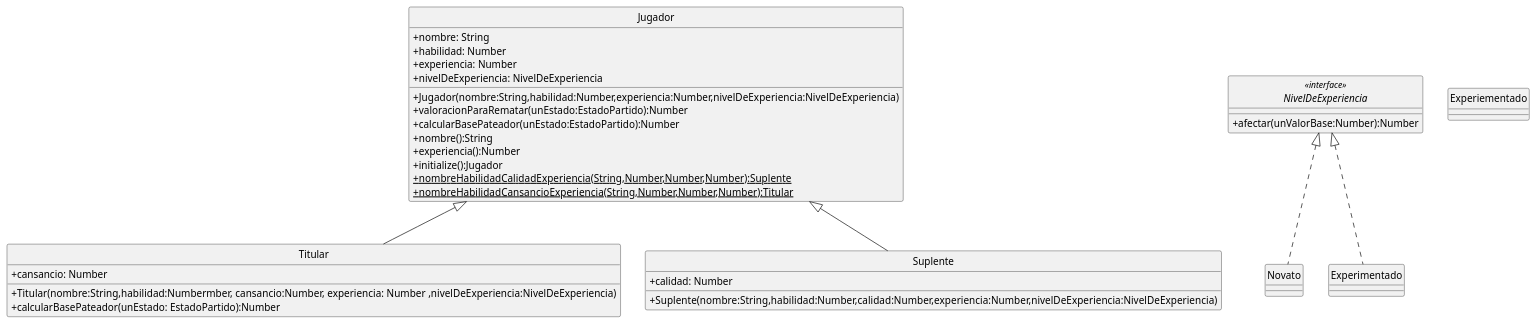
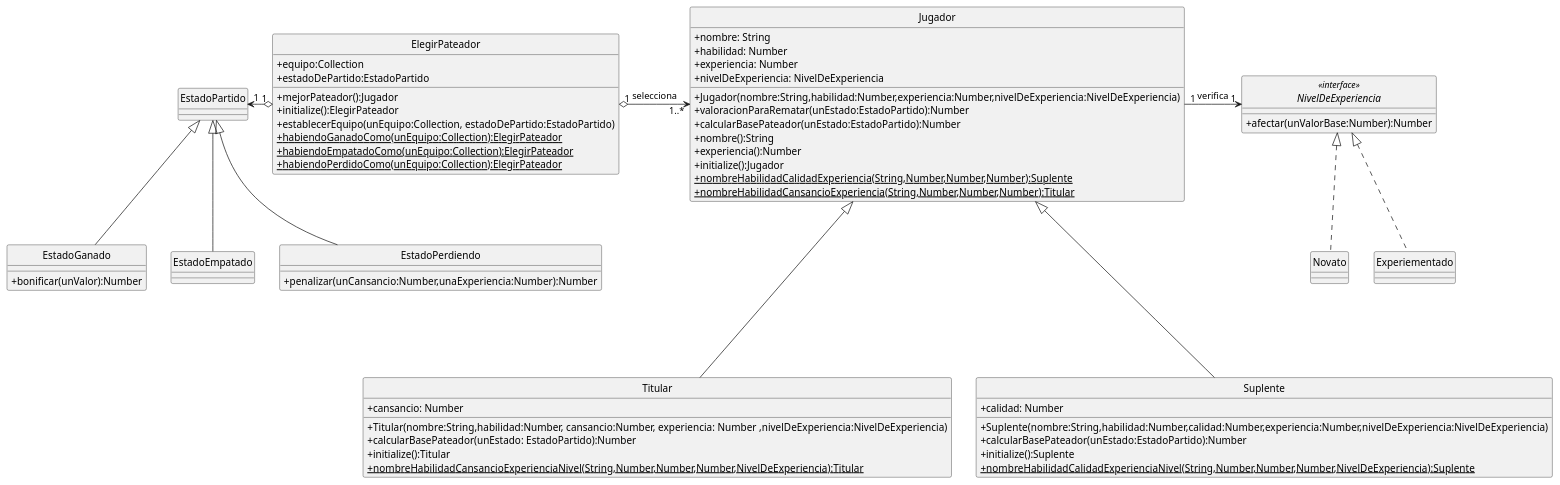
Before and after one commit to AleeCruz/Carpeta-FIUBA: the diagram in Paradigmas de Programacion/DiagramaDeClases/Ejercicios/ejercicio_1.puml, drawn with PlantUML. The commit also changed 19 other files, not shown here.

```diff
--- a/Paradigmas de Programacion/DiagramaDeClases/Ejercicios/ejercicio_1.puml
+++ b/Paradigmas de Programacion/DiagramaDeClases/Ejercicios/ejercicio_1.puml
@@ -2,63 +2,109 @@
 @startuml 
 skinparam classAttributeIconSize 0
 hide circle
 show stereotype
 
-Jugador <|-- Titular
-Jugador <|-- Suplente
+
+ElegirPateador "1" o-left-> "1" EstadoPartido
+ElegirPateador "1" o-right-> "1..*" Jugador:selecciona
+
+class ElegirPateador{
+    +equipo:Collection
+    +estadoDePartido:EstadoPartido
+
+    +mejorPateador():Jugador
+    +initialize():ElegirPateador
+    +establecerEquipo(unEquipo:Collection, estadoDePartido:EstadoPartido)
+    {static}+habiendoGanadoComo(unEquipo:Collection):ElegirPateador
+    {static}+habiendoEmpatadoComo(unEquipo:Collection):ElegirPateador
+    {static}+habiendoPerdidoComo(unEquipo:Collection):ElegirPateador
+
+}
+
+
+Jugador <|--down-- Titular
+Jugador <|--down-- Suplente
+
+Jugador "1" --right--> "1" NivelDeExperiencia:verifica
 class Jugador{
     'Atributos 
     +nombre: String 
     +habilidad: Number
     +experiencia: Number
     +nivelDeExperiencia: NivelDeExperiencia 
 
     'Metodos
     +Jugador(nombre:String,habilidad:Number,experiencia:Number,nivelDeExperiencia:NivelDeExperiencia)
     +valoracionParaRematar(unEstado:EstadoPartido):Number
     +calcularBasePateador(unEstado:EstadoPartido):Number
     +nombre():String
     +experiencia():Number
     +initialize():Jugador 
     {static} +nombreHabilidadCalidadExperiencia(String,Number,Number,Number):Suplente
     {static} +nombreHabilidadCansancioExperiencia(String,Number,Number,Number):Titular
 }
 
 class Titular{
     + cansancio: Number 
 
-    +Titular(nombre:String,habilidad:Numbermber, cansancio:Number, experiencia: Number ,nivelDeExperiencia:NivelDeExperiencia)
+    +Titular(nombre:String,habilidad:Number, cansancio:Number, experiencia: Number ,nivelDeExperiencia:NivelDeExperiencia)
     +calcularBasePateador(unEstado: EstadoPartido):Number
-
+    +initialize():Titular
+    {static}+nombreHabilidadCansancioExperienciaNivel(String,Number,Number,Number,NivelDeExperiencia):Titular
 }
 class Suplente{
     +calidad: Number
 
     +Suplente(nombre:String,habilidad:Number,calidad:Number,experiencia:Number,nivelDeExperiencia:NivelDeExperiencia)
+    +calcularBasePateador(unEstado:EstadoPartido):Number
+    +initialize():Suplente
+    {static}+nombreHabilidadCalidadExperienciaNivel(String,Number,Number,Number,NivelDeExperiencia):Suplente
 }
+
+
+
+
+EstadoPartido <|-- EstadoGanado
+EstadoPartido <|-- EstadoEmpatado
+EstadoPartido <|-- EstadoPerdiendo
+class EstadoPartido{
+
+}
+class EstadoGanado{
+
+    +bonificar(unValor):Number
+
+}
+
+class EstadoEmpatado{
+
+}
+
+class EstadoPerdiendo{
+    +penalizar(unCansancio:Number,unaExperiencia:Number):Number
+}
+
+
+
 
 NivelDeExperiencia <|.. Novato
 
-NivelDeExperiencia <|.. Experimentado
-
+NivelDeExperiencia <|.. Experiementado
 
 
 interface NivelDeExperiencia <<interface>>{
     +afectar(unValorBase:Number):Number
 }
 
 class Novato{
 
 }
 class Experiementado{
 
 }
 
 
 
 
 
-
-
-
 @enduml 
```
